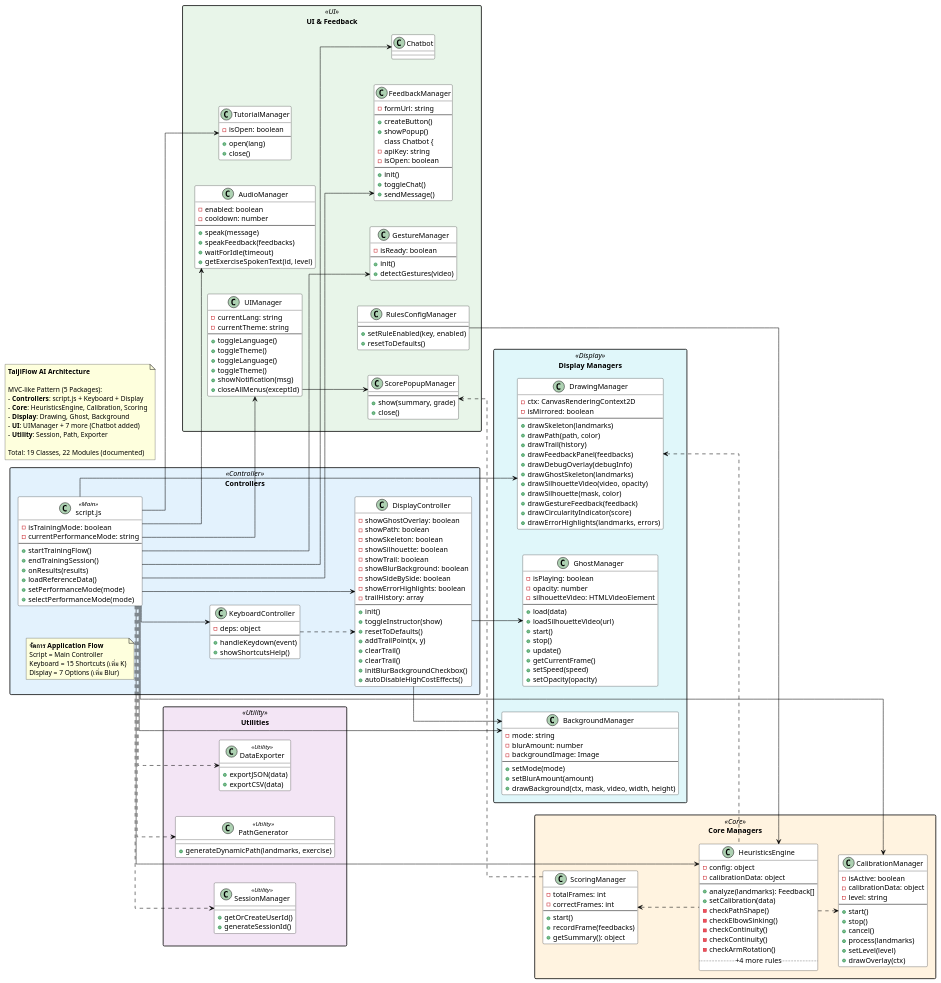
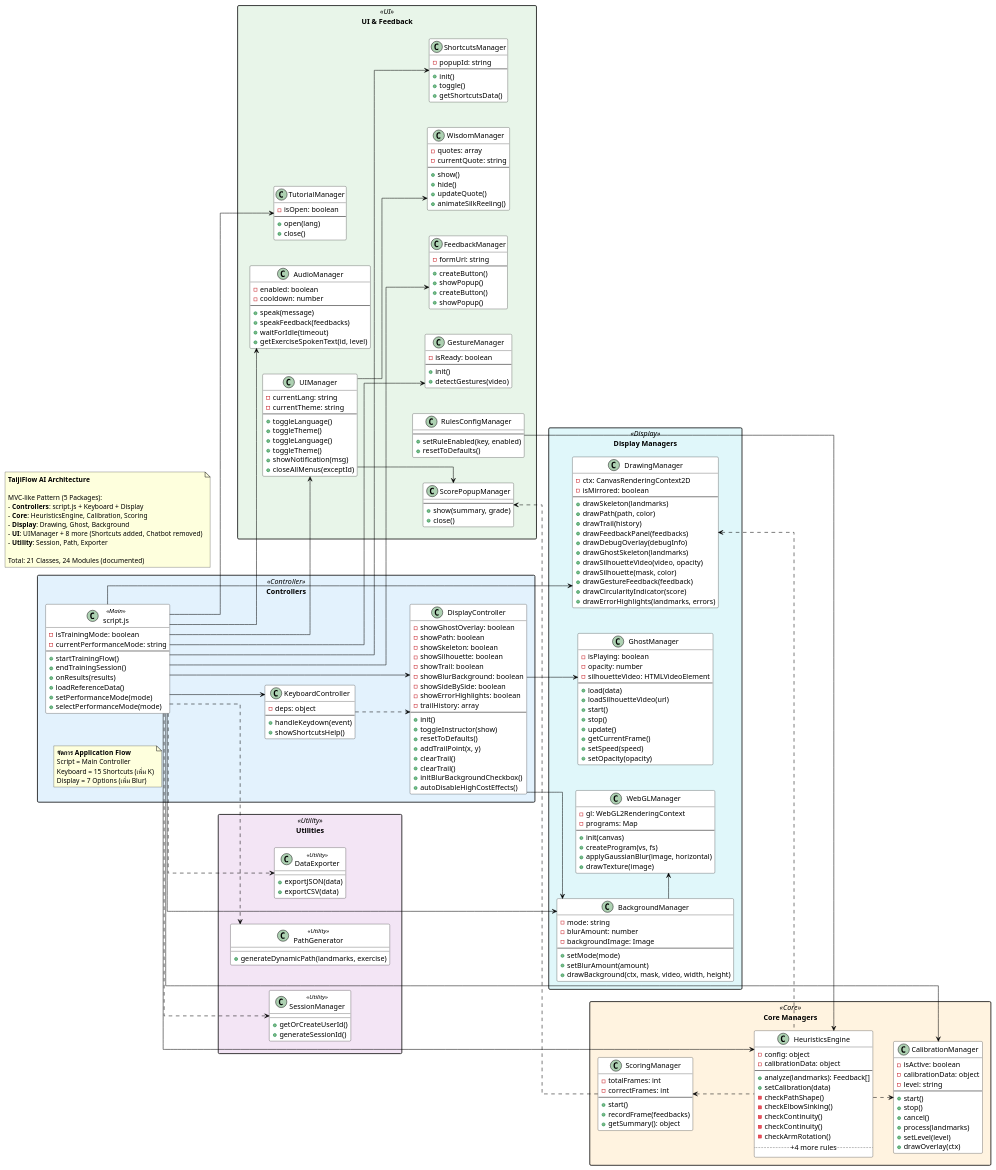
One commit to vyut/TaijiFlow changed the diagram in docs/diagrams/ClassDiagram.wsd. Above: the diagram before and after it, drawn with PlantUML. The commit also changed 20 other files, not shown here.

Commit message:
Updated documents and diagrams

```diff
--- a/docs/diagrams/ClassDiagram.wsd
+++ b/docs/diagrams/ClassDiagram.wsd
@@ -1,9 +1,9 @@
 @startuml TaijiFlow_Class_Diagram
 ' ============================================================================
-' TaijiFlow AI - Class Diagram v1.2 (Updated: 2026-01-07)
+' TaijiFlow AI - Class Diagram v1.3 (Updated: 2026-01-25)
 ' ============================================================================
 ' จัดกลุ่มด้วย Packages เพื่อความชัดเจน
-' อ้างอิง: 21 JavaScript Modules
+' อ้างอิง: 21 JavaScript Modules (Chatbot removed, ShortcutsManager added)
 ' ============================================================================
 
 skinparam defaultFontName "sarabun"
@@ -138,6 +138,16 @@
         + drawBackground(ctx, mask, video, width, height)
     }
 
+    class WebGLManager {
+        - gl: WebGL2RenderingContext
+        - programs: Map
+        --
+        + init(canvas)
+        + createProgram(vs, fs)
+        + applyGaussianBlur(image, horizontal)
+        + drawTexture(image)
+    }
+
     class DrawingManager {
         - ctx: CanvasRenderingContext2D
         - isMirrored: boolean
@@ -173,6 +183,7 @@
     ' Force horizontal layout
     DrawingManager -[hidden]right- GhostManager
     GhostManager -[hidden]right- BackgroundManager
+    BackgroundManager -[hidden]right- WebGLManager
 }
 
 ' ============================================================================
@@ -191,6 +202,24 @@
             + toggleTheme()
             + showNotification(msg)
             + closeAllMenus(exceptId)
+        }
+        
+        class WisdomManager {
+            - quotes: array
+            - currentQuote: string
+            --
+            + show()
+            + hide()
+            + updateQuote()
+            + animateSilkReeling()
+        }
+        
+        class ShortcutsManager {
+            - popupId: string
+            --
+            + init()
+            + toggle()
+            + getShortcutsData()
         }
         
         class AudioManager {
@@ -234,13 +263,8 @@
             --
             + createButton()
             + showPopup()
-        class Chatbot {
-            - apiKey: string
-            - isOpen: boolean
-            --
-            + init()
-            + toggleChat()
-            + sendMessage()
+            + createButton()
+            + showPopup()
         }
     }
     
@@ -251,7 +275,8 @@
     ScorePopupManager -[hidden]right- RulesConfigManager
     RulesConfigManager -[hidden]right- GestureManager
     GestureManager -[hidden]right- FeedbackManager
-    FeedbackManager -[hidden]right- Chatbot
+    FeedbackManager -[hidden]right- WisdomManager
+    WisdomManager -[hidden]right- ShortcutsManager
 }
 
 ' ============================================================================
@@ -295,11 +320,12 @@
 Script --> AudioManager
 Script --> TutorialManager
 Script --> GestureManager
-Script --> Chatbot
+Script --> ShortcutsManager
 
 ' Display Controller
 DisplayController --> GhostManager
 DisplayController --> BackgroundManager
+BackgroundManager --> WebGLManager
 KeyboardController ..> DisplayController
 
 ' Core relationships
@@ -309,6 +335,7 @@
 
 ' UI relationships
 UIManager --> ScorePopupManager
+UIManager --> WisdomManager
 ScoringManager .[norank].> ScorePopupManager
 Script --> FeedbackManager
 RulesConfigManager --> HeuristicsEngine
@@ -329,10 +356,10 @@
     - **Controllers**: script.js + Keyboard + Display
     - **Core**: HeuristicsEngine, Calibration, Scoring
     - **Display**: Drawing, Ghost, Background
-    - **UI**: UIManager + 7 more (Chatbot added)
+    - **UI**: UIManager + 8 more (Shortcuts added, Chatbot removed)
     - **Utility**: Session, Path, Exporter
     
-    Total: 19 Classes, 22 Modules (documented)
+    Total: 21 Classes, 24 Modules (documented)
 end note
 
 @enduml
```
